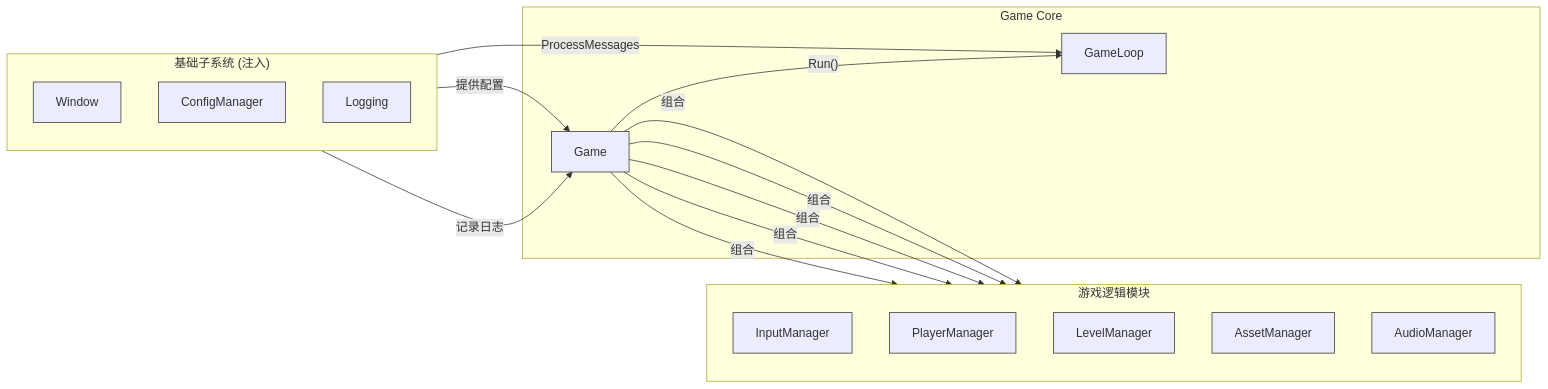
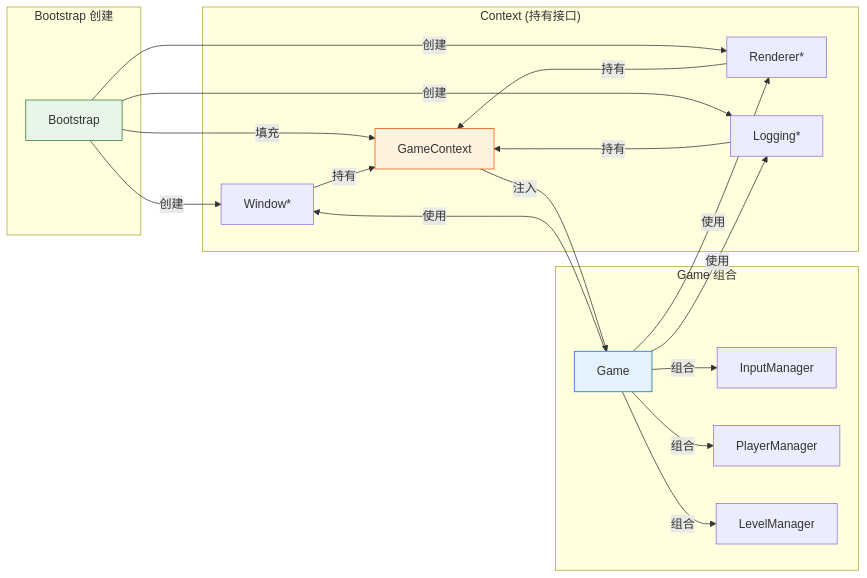
Before and after one commit to Gunxzq/DX12_Base: the fourth of 5 diagrams in Docs/Engine/Game.md, drawn with Mermaid. The commit also changed other lines of this file and 2 other files, not shown here.

````diff
--- a/Docs/Engine/Game.md
+++ b/Docs/Engine/Game.md
@@ -175,55 +194,40 @@
 ```mermaid
 graph LR
-    subgraph "基础子系统 (注入)"
-        direction TB
-        W["Window"]
-        C["ConfigManager"]
-        L["Logging"]
+    subgraph "Bootstrap 创建"
+        BM["Bootstrap"]
     end
 
-    subgraph "游戏逻辑模块"
-        direction TB
+    subgraph "Context (持有接口)"
+        CTX["GameContext"]
+        CTX1["Window*"]
+        CTX2["Renderer*"]
+        CTX3["Logging*"]
+    end
+
+    subgraph "Game 组合"
+        G["Game"]
         IM["InputManager"]
         PM["PlayerManager"]
         LM["LevelManager"]
-        AM["AssetManager"]
-        AU["AudioManager"]
     end
 
-    subgraph "Game Core"
-        G["Game"]
-        GL["GameLoop"]
-    end
+    BM -->|"创建"| CTX1
+    BM -->|"创建"| CTX2
+    BM -->|"创建"| CTX3
+    BM -->|"填充"| CTX
+    CTX1 & CTX2 & CTX3 -->|"持有"| CTX
 
-    %% 依赖关系：基础子系统 -> Game
-    W -->|"ProcessMessages"| GL
-    C -->|"提供配置"| G
-    L -->|"记录日志"| G
+    CTX -->|"注入"| G
 
-    %% 组合关系：Game -> 游戏逻辑模块
     G -->|"组合"| IM
     G -->|"组合"| PM
     G -->|"组合"| LM
-    G -->|"组合"| AM
-    G -->|"组合"| AU
 
-    %% 内部关系
-    G -->|"Run()"| GL
+    G -->|"使用"| CTX1
+    G -->|"使用"| CTX2
+    G -->|"使用"| CTX3
 
-    %% 样式定义 (对应原 PlantUML 颜色)
-    style W fill:#lightblue,stroke:#333,stroke-width:1px
-    style C fill:#lightblue,stroke:#333,stroke-width:1px
-    style L fill:#lightblue,stroke:#333,stroke-width:1px
-    
-    style IM fill:#lightgreen,stroke:#333,stroke-width:1px
-    style PM fill:#lightgreen,stroke:#333,stroke-width:1px
-    style LM fill:#lightgreen,stroke:#333,stroke-width:1px
-    style AM fill:#lightgreen,stroke:#333,stroke-width:1px
-    style AU fill:#lightgreen,stroke:#333,stroke-width:1px
-    
-    style G fill:#lightcyan,stroke:#333,stroke-width:1px
-    style GL fill:#lightcyan,stroke:#333,stroke-width:1px
-
-    %% 注释说明 (Mermaid 中通常通过子图标题或节点文本体现，此处保留关键信息)
-    click G "javascript:void(0)" "Game 职责: 接收注入、组合模块、管理生命周期" _blank
+    style BM fill:#e8f5e9,stroke:#2e7d32
+    style CTX fill:#fff3e0,stroke:#e65100
+    style G fill:#e3f2fd,stroke:#1565c0
 ```
````
